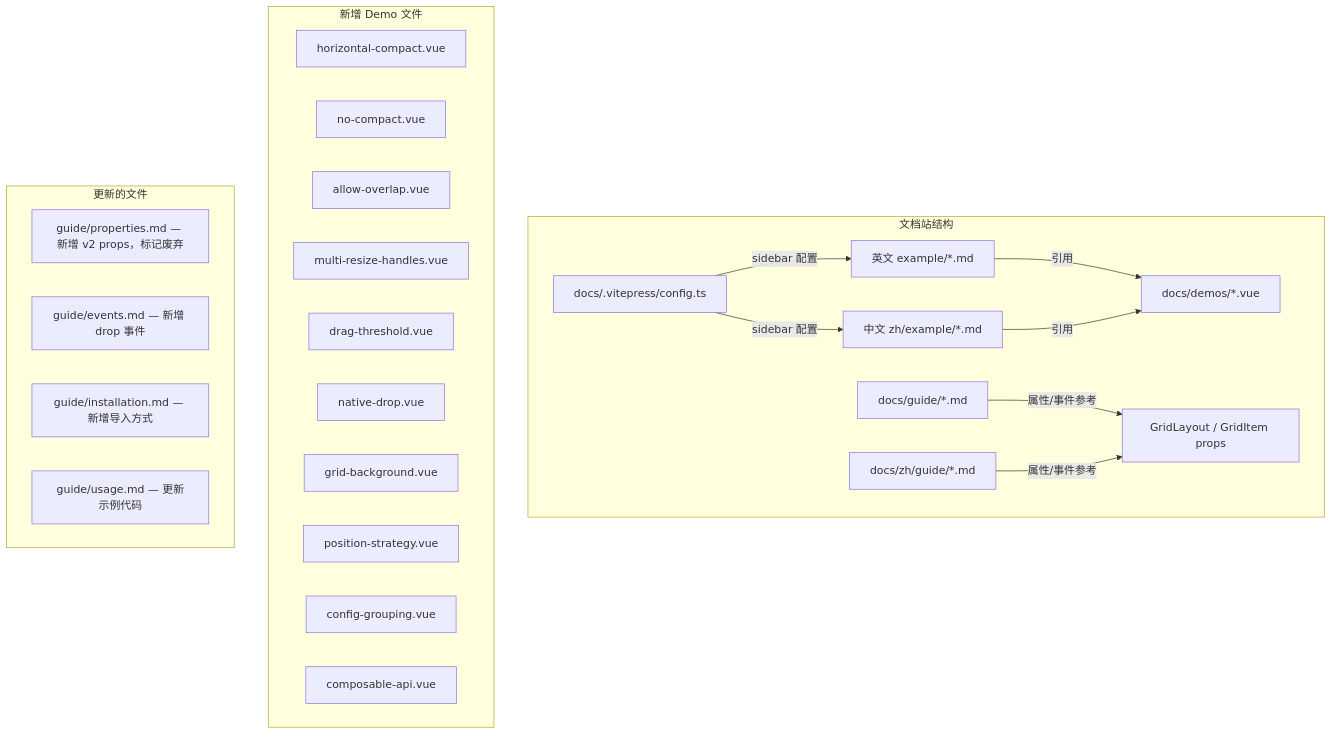
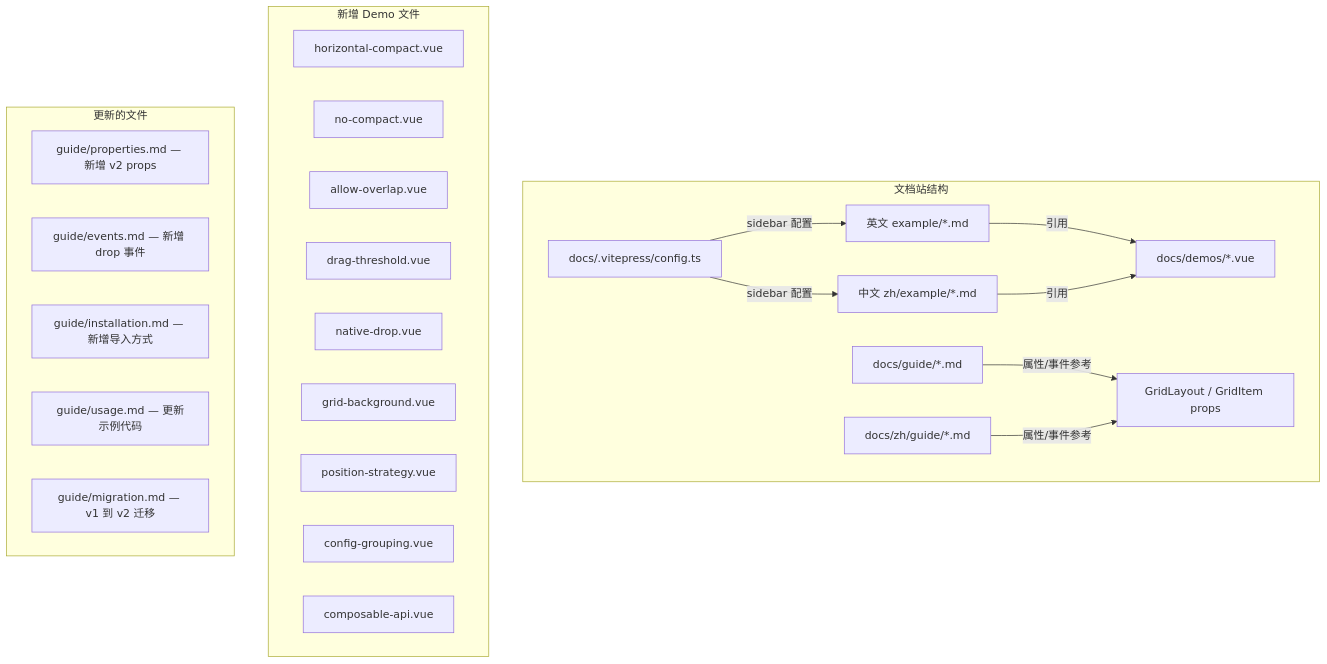
Before and after one commit to qmhc/grid-layout-plus: the first of 2 diagrams in .kiro/specs/v2-docs-update/design.md, drawn with Mermaid. The commit also changed other lines of this file and 36 other files, not shown here.

````diff
--- a/.kiro/specs/v2-docs-update/design.md
+++ b/.kiro/specs/v2-docs-update/design.md
@@ -11,31 +11,31 @@
 ```mermaid
 graph TD
     subgraph "文档站结构"
         A[docs/.vitepress/config.ts] -->|sidebar 配置| B[英文 example/*.md]
         A -->|sidebar 配置| C[中文 zh/example/*.md]
         B -->|引用| D[docs/demos/*.vue]
         C -->|引用| D
         E[docs/guide/*.md] -->|属性/事件参考| F[GridLayout / GridItem props]
         G[docs/zh/guide/*.md] -->|属性/事件参考| F
     end
 
     subgraph "新增 Demo 文件"
         D1[horizontal-compact.vue]
         D2[no-compact.vue]
         D3[allow-overlap.vue]
-        D4[multi-resize-handles.vue]
-        D5[drag-threshold.vue]
-        D6[native-drop.vue]
-        D7[grid-background.vue]
-        D8[position-strategy.vue]
-        D9[config-grouping.vue]
-        D10[composable-api.vue]
+        D4[drag-threshold.vue]
+        D5[native-drop.vue]
+        D6[grid-background.vue]
+        D7[position-strategy.vue]
+        D8[config-grouping.vue]
+        D9[composable-api.vue]
     end
 
     subgraph "更新的文件"
-        U1[guide/properties.md — 新增 v2 props，标记废弃]
+        U1[guide/properties.md — 新增 v2 props]
         U2[guide/events.md — 新增 drop 事件]
         U3[guide/installation.md — 新增导入方式]
         U4[guide/usage.md — 更新示例代码]
+        U5[guide/migration.md — v1 到 v2 迁移]
     end
 ```
````
